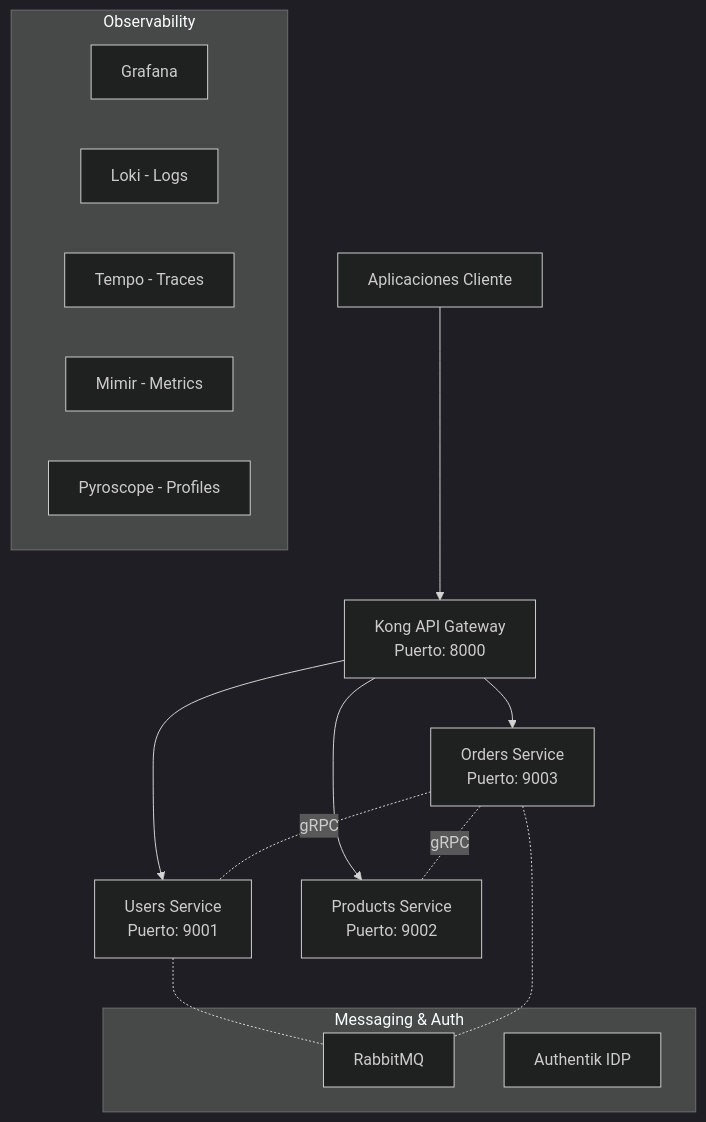
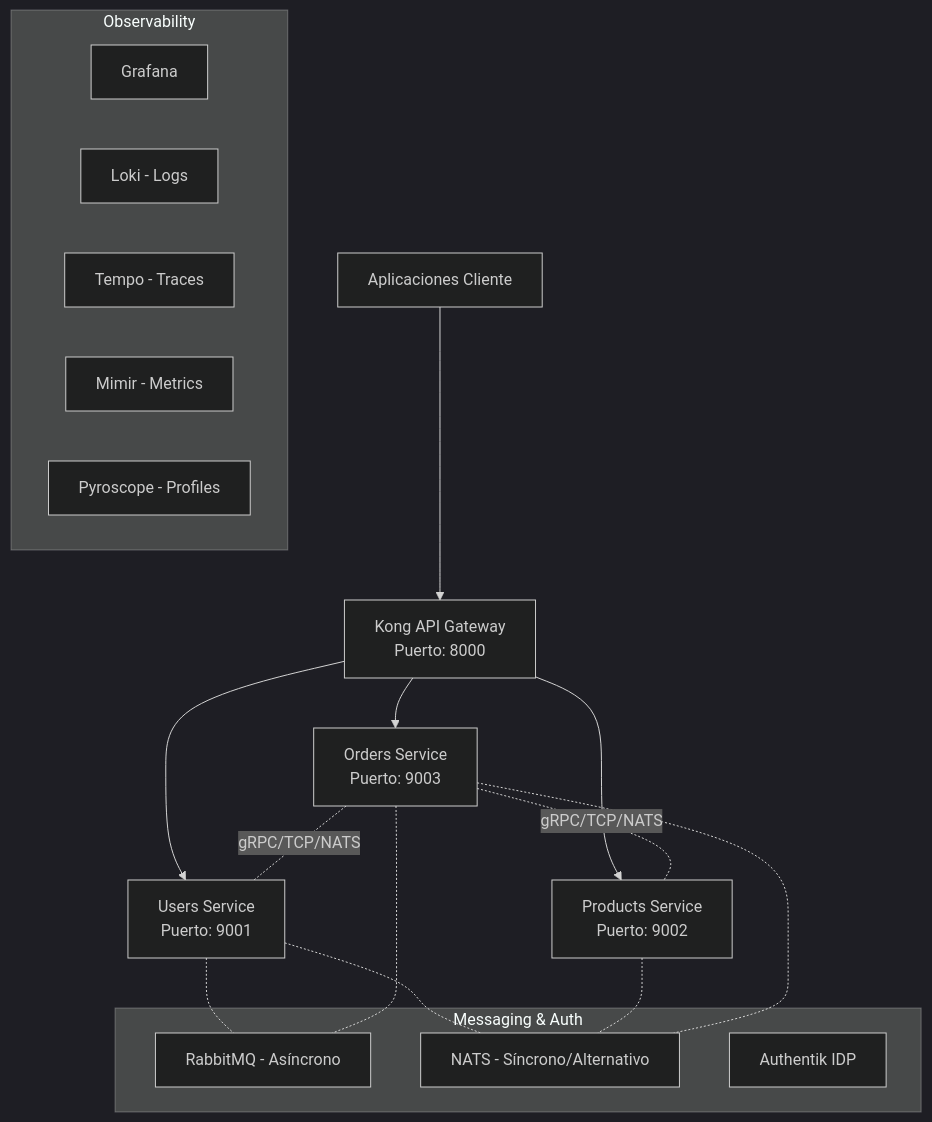
Before and after one commit to bleidertcs/ecommerce-microservices: the diagram in README.md, drawn with Mermaid (dark theme). The commit also changed other lines of this file and 25 other files, not shown here.

Commit message:
feat: Implement hybrid microservice communication with TCP and NATS transports for users and orders services, including configuration, Dockerfiles, and documentation updates.

````diff
--- a/README.md
+++ b/README.md
@@ -27,25 +27,29 @@
 ```mermaid
 graph TB
     Client[Aplicaciones Cliente] --> Kong[Kong API Gateway<br/>Puerto: 8000]
     Kong --> Users[Users Service<br/>Puerto: 9001]
     Kong --> Products[Products Service<br/>Puerto: 9002]
     Kong --> Orders[Orders Service<br/>Puerto: 9003]
 
     subgraph "Messaging & Auth"
-        RMQ[RabbitMQ]
+        RMQ[RabbitMQ - Asíncrono]
+        NATS[NATS - Síncrono/Alternativo]
         AK[Authentik IDP]
     end
 
     subgraph "Observability"
         GR[Grafana]
         LO[Loki - Logs]
         TE[Tempo - Traces]
         MI[Mimir - Metrics]
         PY[Pyroscope - Profiles]
     end
 
     Users-.-RMQ
     Orders-.-RMQ
-    Orders-.- |gRPC| Users
-    Orders-.- |gRPC| Products
+    Orders-.- |gRPC/TCP/NATS| Users
+    Orders-.- |gRPC/TCP/NATS| Products
+    Users-.-NATS
+    Products-.-NATS
+    Orders-.-NATS
 ```
````
